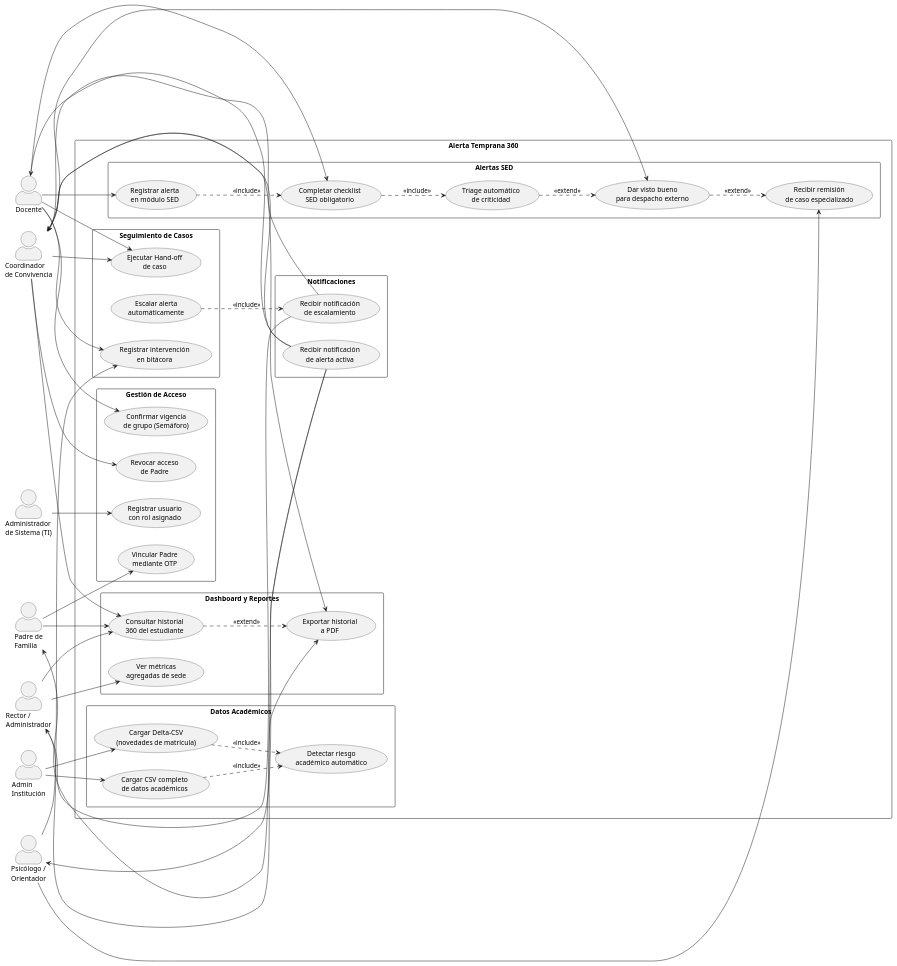
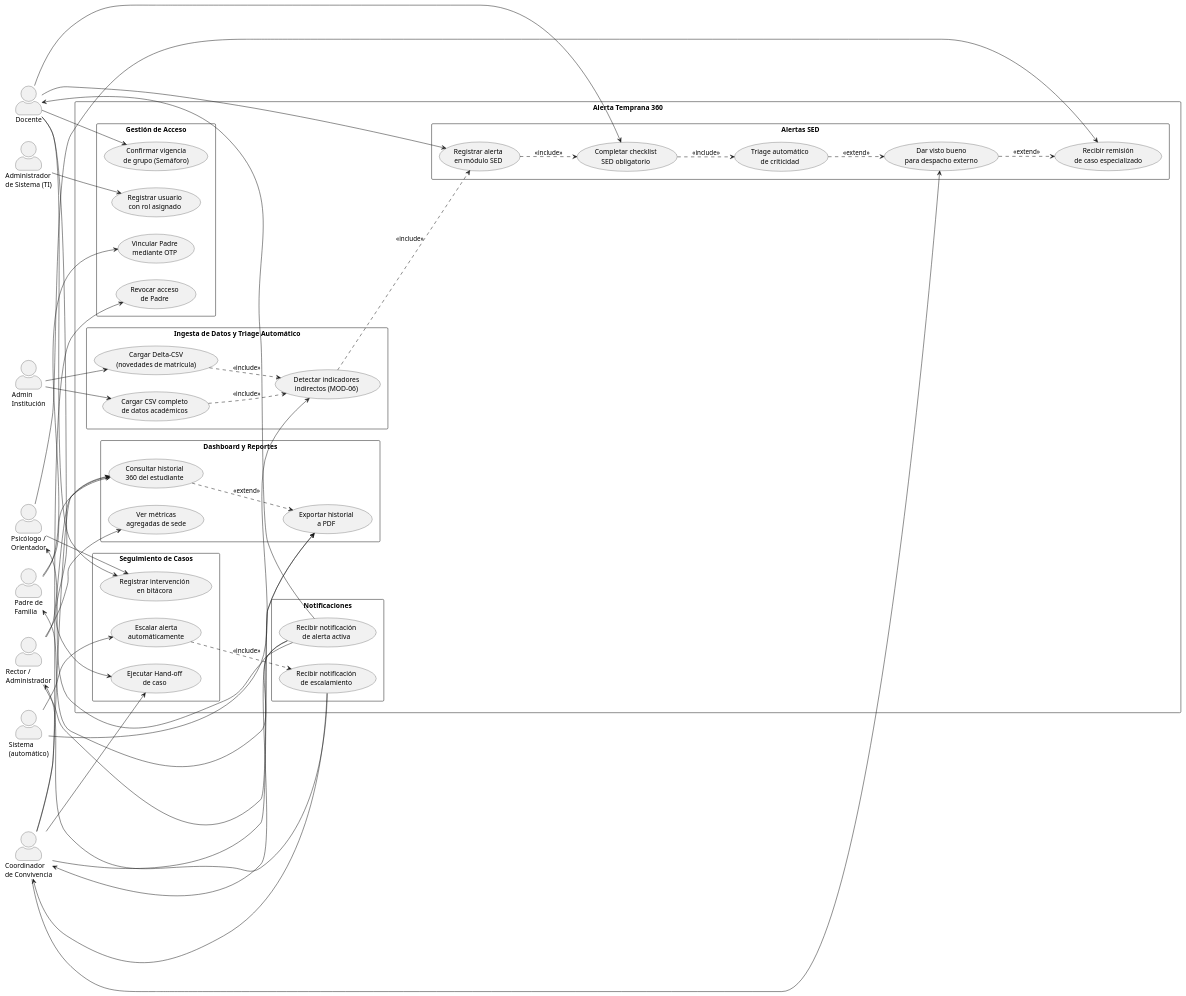
One commit to J04NONE/alerta-temprana-360 changed the first of 4 diagrams in docs/07_diagramas_uml.md. Above: the diagram before and after it, drawn with PlantUML. The commit also changed 8 other files, not shown here.

```diff
--- a/docs/07_diagramas_uml.md
+++ b/docs/07_diagramas_uml.md
@@ -22,6 +22,7 @@
 actor "Psicólogo /\nOrientador" as PSI
 actor "Administrador\nde Sistema (TI)" as TI
 actor "Admin\nInstitución" as ADMIN
+actor "Sistema\n(automático)" as SIS
 
 rectangle "Alerta Temprana 360" {
 
@@ -46,10 +47,10 @@
     usecase "Ejecutar Hand-off\nde caso" as UC12
   }
 
-  package "Datos Académicos" {
+  package "Ingesta de Datos y Triage Automático" {
     usecase "Cargar CSV completo\nde datos académicos" as UC13
     usecase "Cargar Delta-CSV\n(novedades de matrícula)" as UC14
-    usecase "Detectar riesgo\nacadémico automático" as UC15
+    usecase "Detectar indicadores\nindirectos (MOD-06)" as UC15
   }
 
   package "Dashboard y Reportes" {
@@ -98,6 +99,10 @@
 ' Asociaciones TI
 TI --> UC01
 
+' Asociaciones Sistema (actor automático)
+SIS --> UC11
+SIS --> UC15
+
 ' Include/Extend
 UC05 ..> UC06 : <<include>>
 UC06 ..> UC07 : <<include>>
@@ -106,6 +111,7 @@
 UC11 ..> UC20 : <<include>>
 UC13 ..> UC15 : <<include>>
 UC14 ..> UC15 : <<include>>
+UC15 ..> UC05 : <<include>>
 UC16 ..> UC17 : <<extend>>
 
 ' Notificaciones recibidas
```
